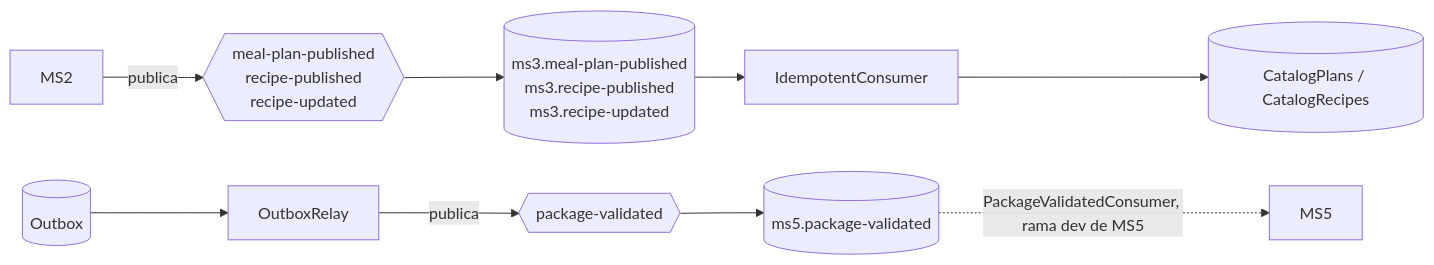
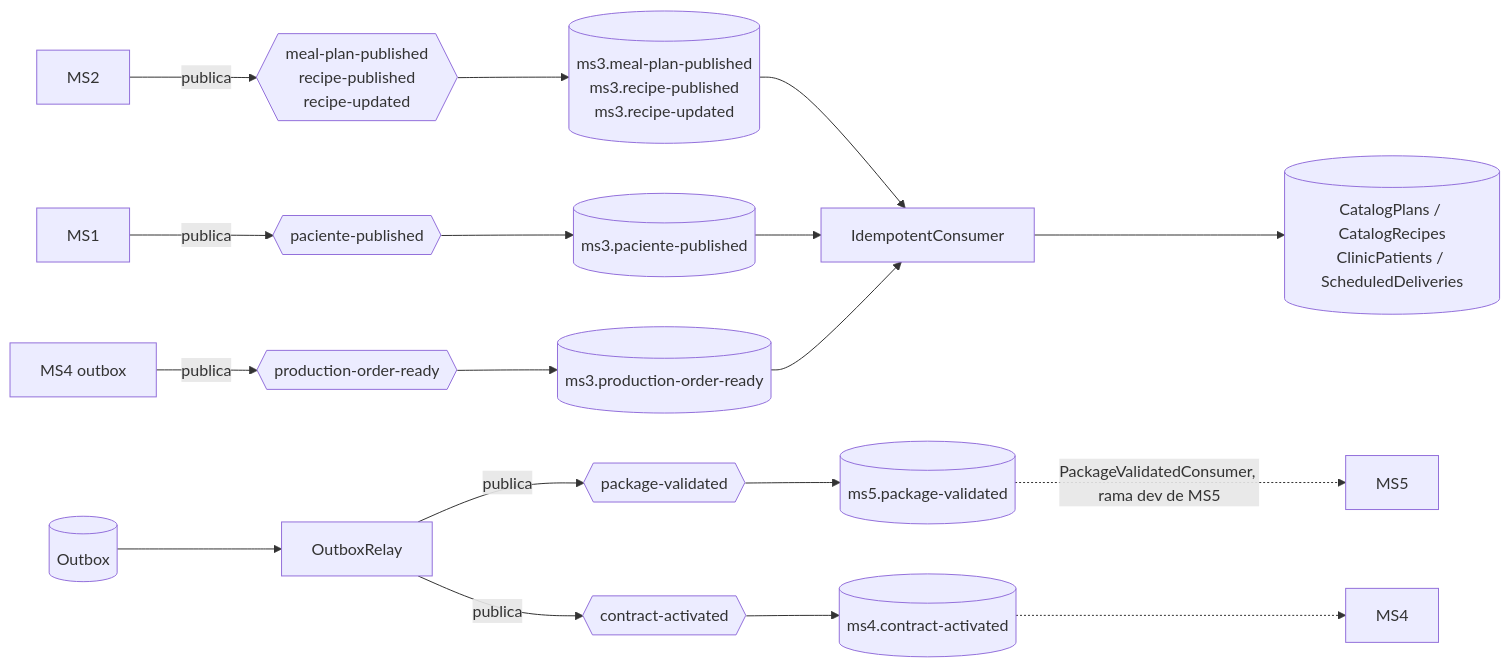
The diagram in services/ms3-contracting/messaging.md (Nur-tricenter/knowledge), drawn with Mermaid before and after one commit. The commit also changed other lines of this file and 43 other files, not shown here.

````diff
--- a/services/ms3-contracting/messaging.md
+++ b/services/ms3-contracting/messaging.md
@@ -48,9 +69,12 @@
 ```mermaid
 flowchart LR
   MS2[MS2] -- publica --> X1{{meal-plan-published<br/>recipe-published<br/>recipe-updated}}
   X1 --> Q1[(ms3.meal-plan-published<br/>ms3.recipe-published<br/>ms3.recipe-updated)]
-  Q1 --> H[IdempotentConsumer] --> DB[(CatalogPlans / CatalogRecipes)]
+  MS1[MS1] -- publica --> X3{{paciente-published}} --> Q3[(ms3.paciente-published)]
+  MS4[MS4 outbox] -- publica --> X4{{production-order-ready}} --> Q4[(ms3.production-order-ready)]
+  Q1 & Q3 & Q4 --> H[IdempotentConsumer] --> DB[(CatalogPlans / CatalogRecipes<br/>ClinicPatients / ScheduledDeliveries)]
   O[(Outbox)] --> R[OutboxRelay] -- publica --> X2{{package-validated}}
+  R -- publica --> X5{{contract-activated}} --> Q5[(ms4.contract-activated)] -.-> MS4b[MS4]
   X2 --> Q2[(ms5.package-validated)]
   Q2 -. "PackageValidatedConsumer, rama dev de MS5" .-> MS5[MS5]
 ```
````
